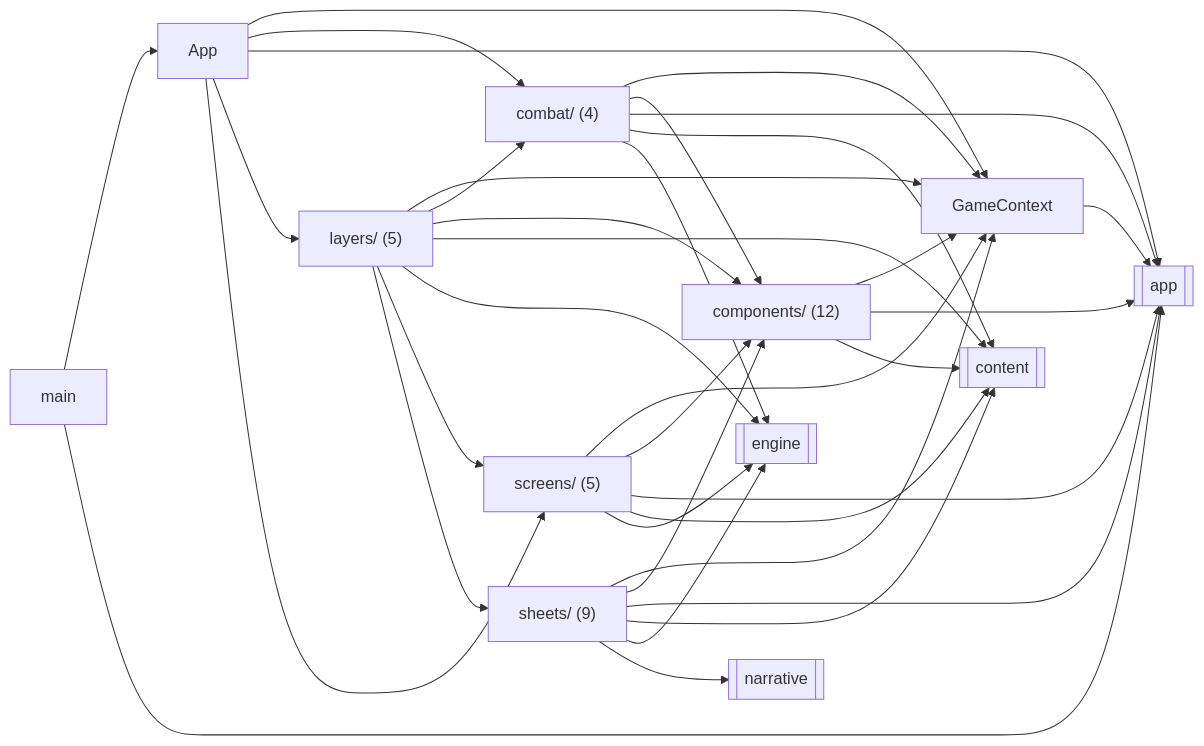
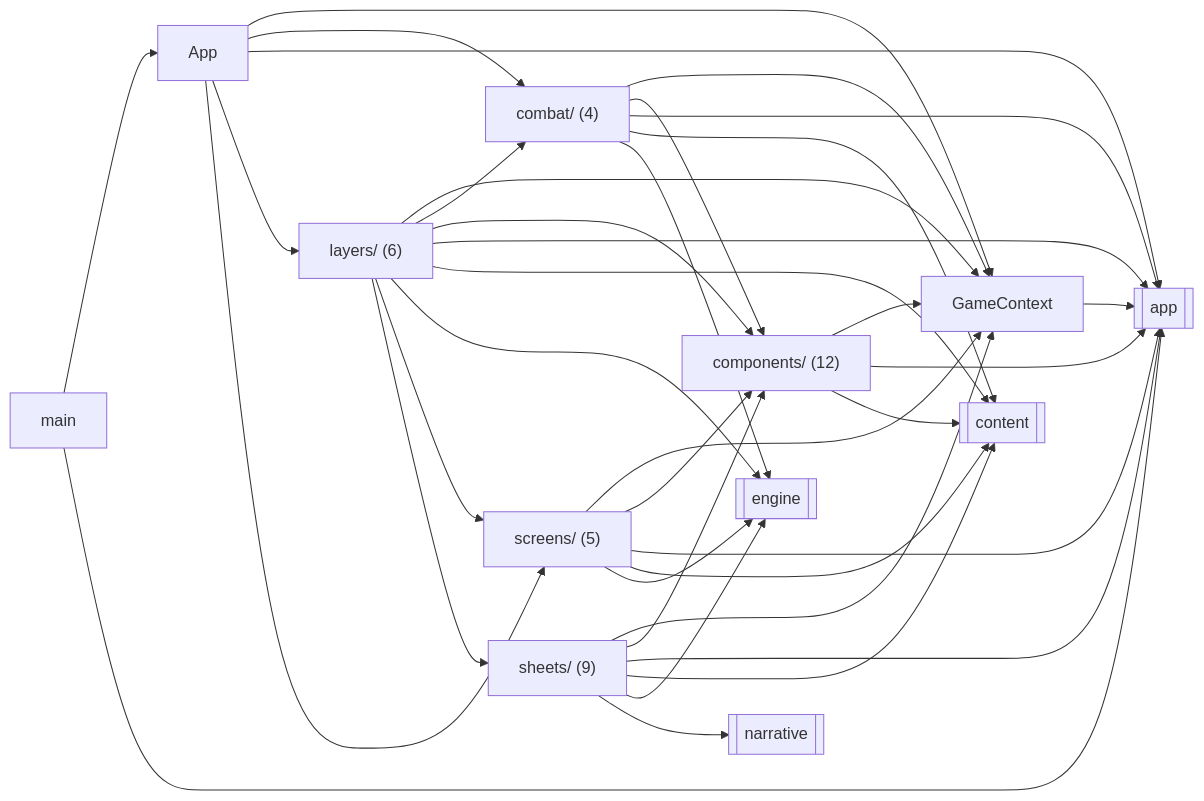
One commit to OrangeB0lt/Cyber-funk changed the diagram in docs/reference/code-map/ui.md. Above: the diagram before and after it, drawn with Mermaid. The commit also changed other lines of this file and 10 other files, not shown here.

````diff
--- a/docs/reference/code-map/ui.md
+++ b/docs/reference/code-map/ui.md
@@ -11,49 +11,50 @@
 ```mermaid
 flowchart LR
   n_App["App"]
   n_GameContext["GameContext"]
   n_combat_["combat/ (4)"]
   n_components_["components/ (12)"]
-  n_layers_["layers/ (5)"]
+  n_layers_["layers/ (6)"]
   n_main["main"]
   n_screens_["screens/ (5)"]
   n_sheets_["sheets/ (9)"]
   n_ext_app[["app"]]
   n_ext_content[["content"]]
   n_ext_engine[["engine"]]
   n_ext_narrative[["narrative"]]
   n_App --> n_GameContext
   n_App --> n_combat_
   n_App --> n_ext_app
   n_App --> n_layers_
   n_App --> n_screens_
   n_GameContext --> n_ext_app
   n_combat_ --> n_GameContext
   n_combat_ --> n_components_
   n_combat_ --> n_ext_app
   n_combat_ --> n_ext_content
   n_combat_ --> n_ext_engine
   n_components_ --> n_GameContext
   n_components_ --> n_ext_app
   n_components_ --> n_ext_content
   n_layers_ --> n_GameContext
   n_layers_ --> n_combat_
   n_layers_ --> n_components_
+  n_layers_ --> n_ext_app
   n_layers_ --> n_ext_content
   n_layers_ --> n_ext_engine
   n_layers_ --> n_screens_
   n_layers_ --> n_sheets_
   n_main --> n_App
   n_main --> n_ext_app
   n_screens_ --> n_GameContext
   n_screens_ --> n_components_
   n_screens_ --> n_ext_app
   n_screens_ --> n_ext_content
   n_screens_ --> n_ext_engine
   n_sheets_ --> n_GameContext
   n_sheets_ --> n_components_
   n_sheets_ --> n_ext_app
   n_sheets_ --> n_ext_content
   n_sheets_ --> n_ext_engine
   n_sheets_ --> n_ext_narrative
 ```
````
